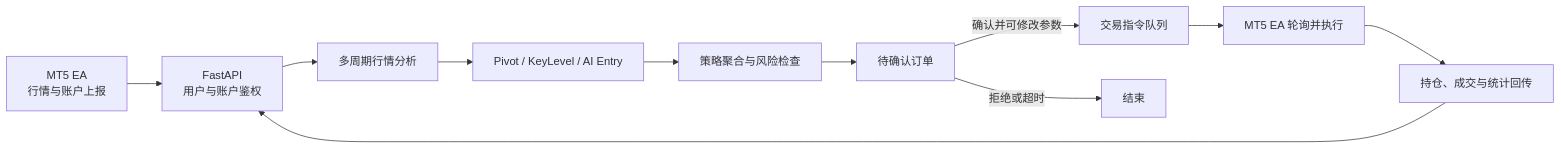
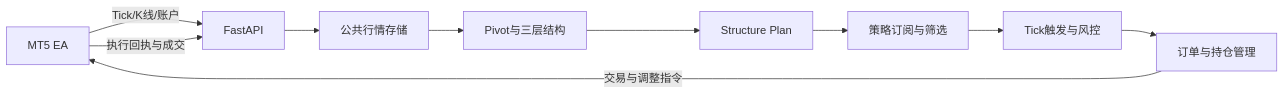
Before and after one commit to guaiwoluo2020/AI-Trader: the diagram in README.md, drawn with Mermaid. The commit also changed other lines of this file, not shown here.

````diff
--- a/README.md
+++ b/README.md
@@ -67,13 +27,12 @@
 ```mermaid
 flowchart LR
-    A["MT5 EA<br/>行情与账户上报"] --> B["FastAPI<br/>用户与账户鉴权"]
-    B --> C["多周期行情分析"]
-    C --> D["Pivot / KeyLevel / AI Entry"]
-    D --> E["策略聚合与风险检查"]
-    E --> F["待确认订单"]
-    F -->|确认并可修改参数| G["交易指令队列"]
-    F -->|拒绝或超时| H["结束"]
-    G --> I["MT5 EA 轮询并执行"]
-    I --> J["持仓、成交与统计回传"]
-    J --> B
+    A[MT5 EA] -->|Tick/K线/账户| B[FastAPI]
+    B --> C[公共行情存储]
+    C --> D[Pivot与三层结构]
+    D --> E[Structure Plan]
+    E --> F[策略订阅与筛选]
+    F --> G[Tick触发与风控]
+    G --> H[订单与持仓管理]
+    H -->|交易与调整指令| A
+    A -->|执行回执与成交| B
 ```
````
